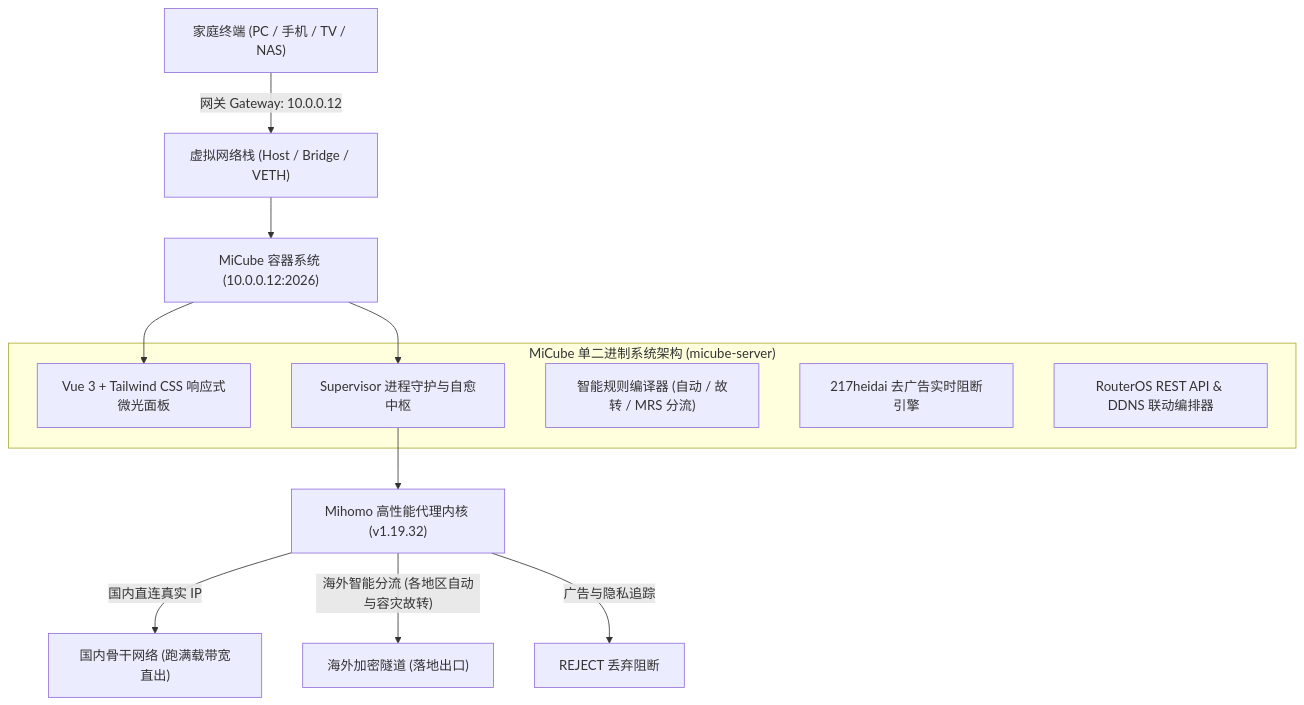
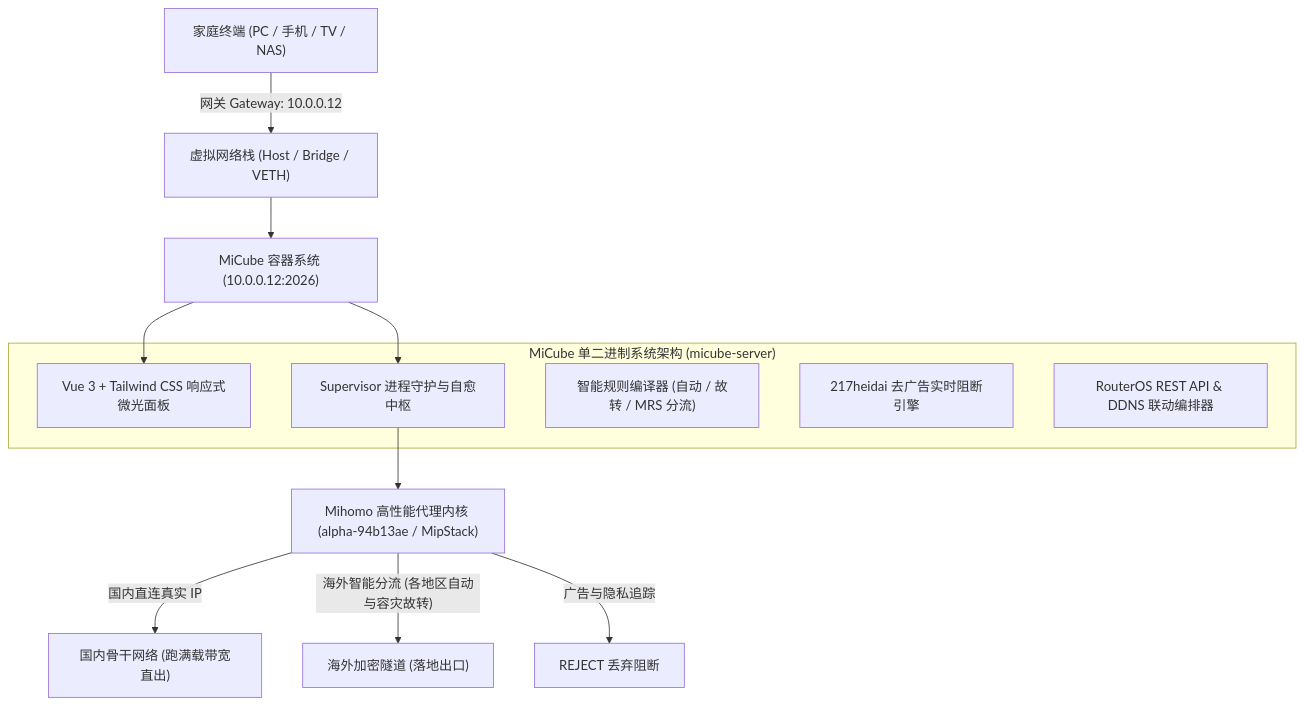
One commit to zyeyefyass/MiCube changed the diagram in README.md. Above: the diagram before and after it, drawn with Mermaid. The commit also changed other lines of this file, not shown here.

Commit message:
docs: sync README to Test V0.4 with MipStack, upstream DNS racing and full changelog

````diff
--- a/README.md
+++ b/README.md
@@ -145,21 +146,21 @@
 ```mermaid
 graph TD
     Client["家庭终端 (PC / 手机 / TV / NAS)"] -->|"网关 Gateway: 10.0.0.12"| NetBridge["虚拟网络栈 (Host / Bridge / VETH)"]
     NetBridge --> MiCubeCore["MiCube 容器系统 (10.0.0.12:2026)"]
 
     subgraph "MiCube 单二进制系统架构 (micube-server)"
         WebUI["Vue 3 + Tailwind CSS 响应式微光面板"]
         Supervisor["Supervisor 进程守护与自愈中枢"]
         YamlCompiler["智能规则编译器 (自动 / 故转 / MRS 分流)"]
         AdBlockEngine["217heidai 去广告实时阻断引擎"]
         ROSManager["RouterOS REST API & DDNS 联动编排器"]
     end
 
     MiCubeCore --> WebUI
     MiCubeCore --> Supervisor
-    Supervisor --> MihomoCore["Mihomo 高性能代理内核 (v1.19.32)"]
+    Supervisor --> MihomoCore["Mihomo 高性能代理内核 (alpha-94b13ae / MipStack)"]
 
     MihomoCore -->|"国内直连真实 IP"| DirectNet["国内骨干网络 (跑满载带宽直出)"]
     MihomoCore -->|"海外智能分流 (各地区自动与容灾故转)"| GlobalNet["海外加密隧道 (落地出口)"]
     MihomoCore -->|"广告与隐私追踪"| Reject["REJECT 丢弃阻断"]
 ```
````
